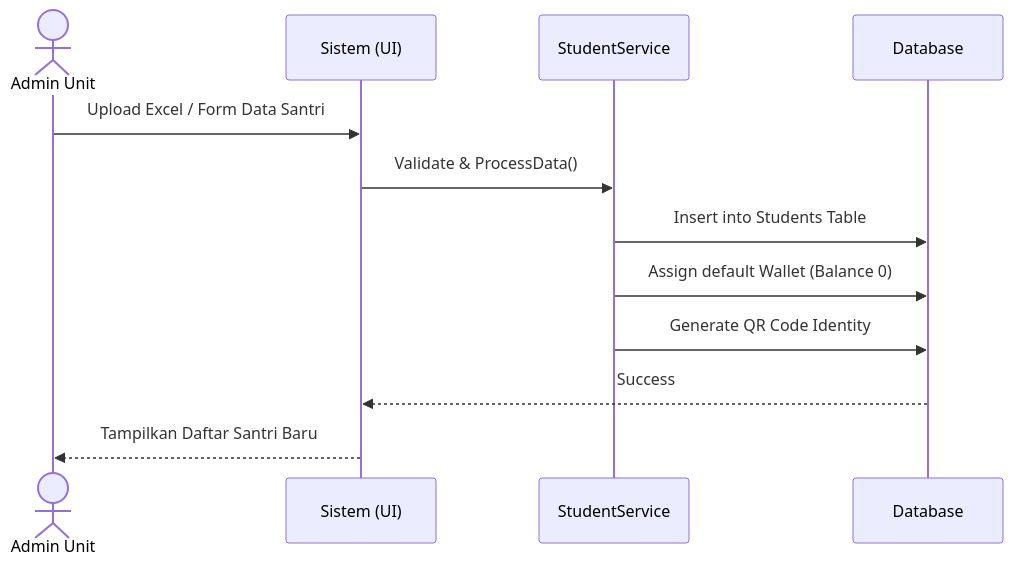
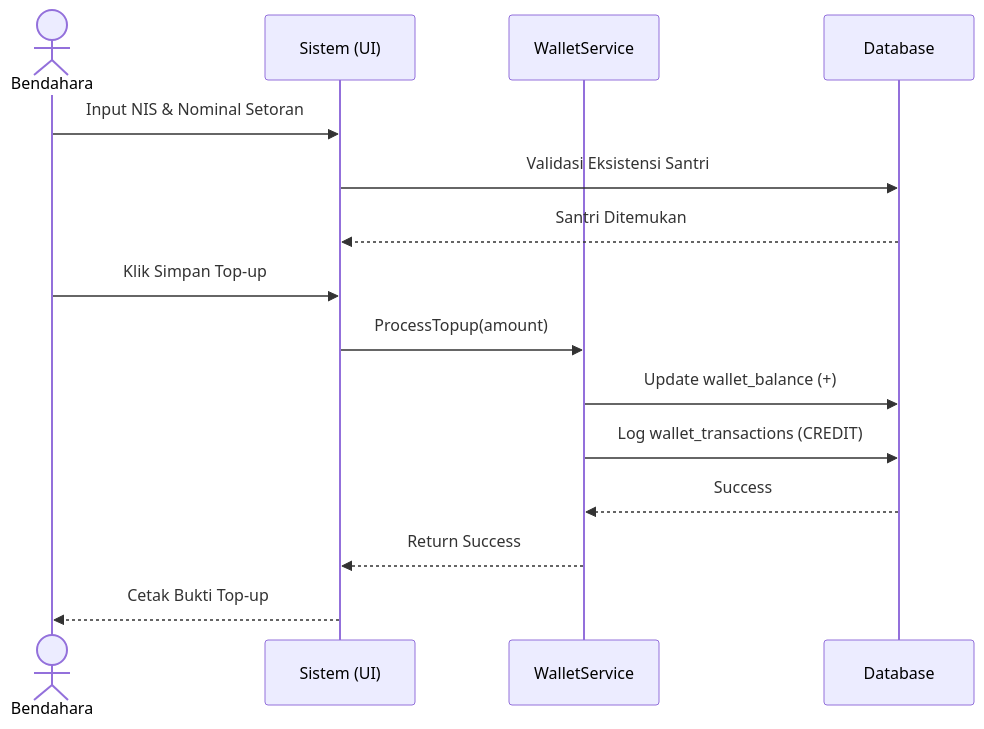
One commit to Hnzsama/Pesantren changed the first of 8 diagrams in documentation/sequence.md. Above: the diagram before and after it, drawn with Mermaid. The commit also changed other lines of this file, not shown here.

Commit message:
sequence diagram

````diff
--- a/documentation/sequence.md
+++ b/documentation/sequence.md
@@ -4,15 +7,18 @@
 ```mermaid
 sequenceDiagram
-    actor A as Admin Unit
+    actor B as Bendahara
     participant S as Sistem (UI)
-    participant DS as StudentService
+    participant WS as WalletService
     participant DB as Database
     
-    A->>S: Upload Excel / Form Data Santri
-    S->>DS: Validate & ProcessData()
-    DS->>DB: Insert into Students Table
-    DS->>DB: Assign default Wallet (Balance 0)
-    DS->>DB: Generate QR Code Identity
-    DB-->>S: Success
-    S-->>A: Tampilkan Daftar Santri Baru
+    B->>S: Input NIS & Nominal Setoran
+    S->>DB: Validasi Eksistensi Santri
+    DB-->>S: Santri Ditemukan
+    B->>S: Klik Simpan Top-up
+    S->>WS: ProcessTopup(amount)
+    WS->>DB: Update wallet_balance (+)
+    WS->>DB: Log wallet_transactions (CREDIT)
+    DB-->>WS: Success
+    WS-->>S: Return Success
+    S-->>B: Cetak Bukti Top-up
 ```
````
